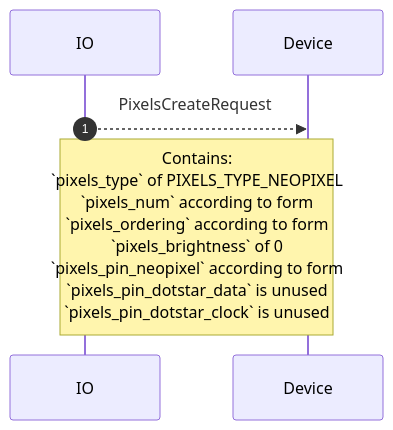
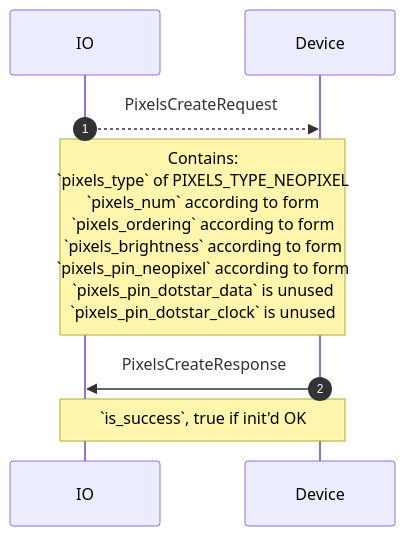
Before and after one commit to adafruit/Wippersnapper_Protobuf: the first of 10 diagrams in proto/wippersnapper/pixels/v1/pixels.md, drawn with Mermaid. The commit also changed other lines of this file, not shown here.

````diff
--- a/proto/wippersnapper/pixels/v1/pixels.md
+++ b/proto/wippersnapper/pixels/v1/pixels.md
@@ -18,7 +15,8 @@
 ```mermaid
 sequenceDiagram
 autonumber
 IO-->>Device: PixelsCreateRequest
-Note over IO, Device: Contains:<br> `pixels_type` of PIXELS_TYPE_NEOPIXEL<br>`pixels_num` according to form<br>`pixels_ordering` according to form<br> `pixels_brightness` of 0<br>`pixels_pin_neopixel` according to form<br> `pixels_pin_dotstar_data` is unused<br>`pixels_pin_dotstar_clock` is unused
-
+Note over IO, Device: Contains:<br> `pixels_type` of PIXELS_TYPE_NEOPIXEL<br>`pixels_num` according to form<br>`pixels_ordering` according to form<br> `pixels_brightness` according to form <br>`pixels_pin_neopixel` according to form<br> `pixels_pin_dotstar_data` is unused<br>`pixels_pin_dotstar_clock` is unused
+Device->>IO: PixelsCreateResponse
+Note over Device,IO: `is_success`, true if init'd OK
 ```
````
